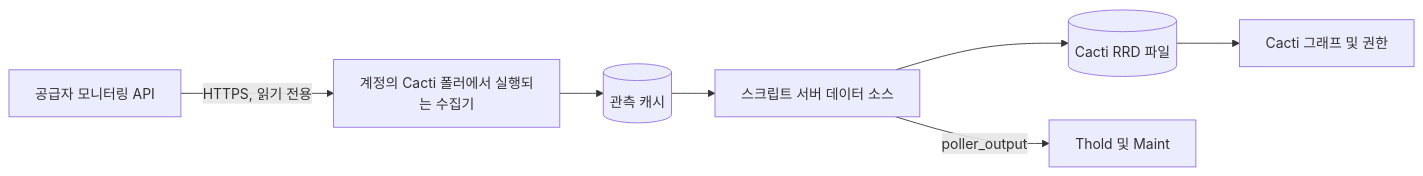
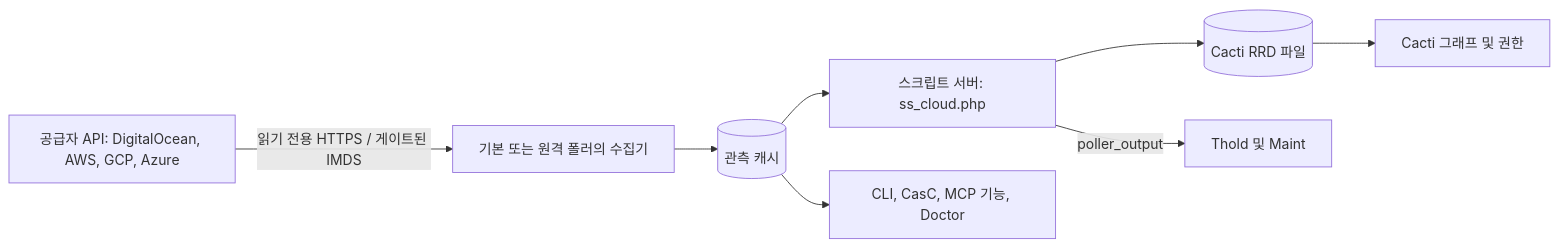
The diagram in docs/i18n/ko-KR/README.md (somethingwithproof/plugin_cloud), drawn with Mermaid before and after one commit. The commit also changed other lines of this file and 48 other files, not shown here.

First line of the commit message:
docs(readme): document AWS, GCP, Azure drivers, remote collectors, and ecosystem hooks

````diff
--- a/docs/i18n/ko-KR/README.md
+++ b/docs/i18n/ko-KR/README.md
@@ -102,9 +148,10 @@
 ```mermaid
 flowchart LR
-    API["공급자 모니터링 API"] -->|HTTPS, 읽기 전용| C["계정의 Cacti 폴러에서 실행되는 수집기"]
-    C --> O[("관측 캐시")]
-    O --> SS["스크립트 서버 데이터 소스"]
-    SS --> RRD[("Cacti RRD 파일")]
-    SS -->|poller_output| T["Thold 및 Maint"]
-    RRD --> G["Cacti 그래프 및 권한"]
+    API[공급자 API: DigitalOcean, AWS, GCP, Azure] -->|읽기 전용 HTTPS / 게이트된 IMDS| C[기본 또는 원격 폴러의 수집기]
+    C --> O[(관측 캐시)]
+    O --> SS[스크립트 서버: ss_cloud.php]
+    SS --> RRD[(Cacti RRD 파일)]
+    SS -->|poller_output| T[Thold 및 Maint]
+    RRD --> G[Cacti 그래프 및 권한]
+    O --> ECO[CLI, CasC, MCP 기능, Doctor]
 ```
````
